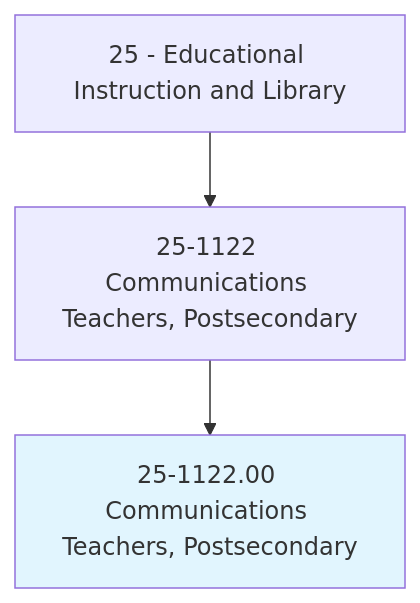
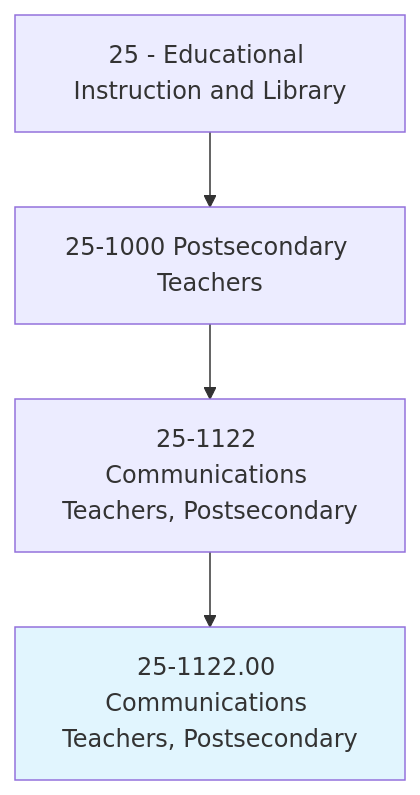
Before and after one commit to kziemski/business.org.ai: the first of 4 diagrams in occupations/Education/CommunicationsTeachersPostsecondary.mdx, drawn with Mermaid. The commit also changed other lines of this file and 938 other files, not shown here.

````diff
--- a/occupations/Education/CommunicationsTeachersPostsecondary.mdx
+++ b/occupations/Education/CommunicationsTeachersPostsecondary.mdx
@@ -19,6 +23,7 @@
 ```mermaid
 graph TD
-    Cat25["25 - Educational Instruction and Library"] --> Group251122["25-1122 Communications Teachers, Postsecondary"]
+    Cat25["25 - Educational Instruction and Library"] --> Group251["25-1000 Postsecondary Teachers"]
+    Group251 --> Group251122["25-1122 Communications Teachers, Postsecondary"]
     Group251122 --> Current["25-1122.00 Communications Teachers, Postsecondary"]
     style Current fill:#e1f5fe
 ```
````
